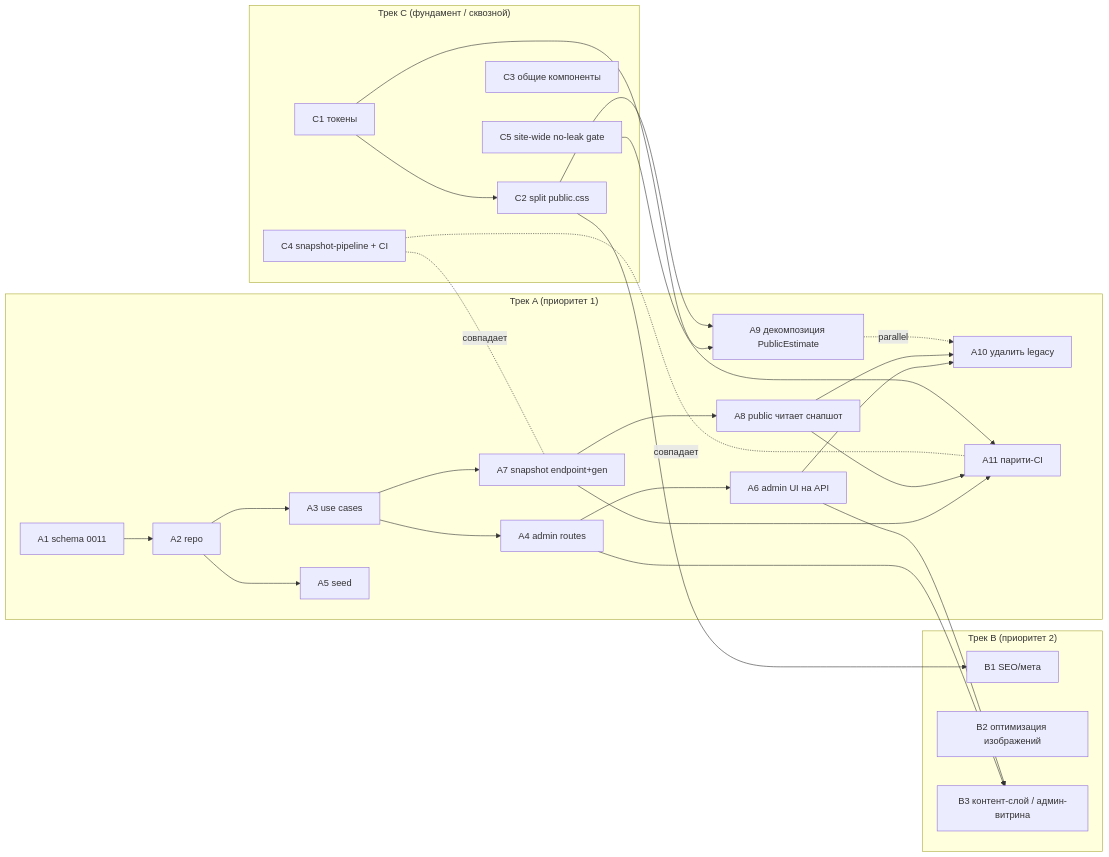
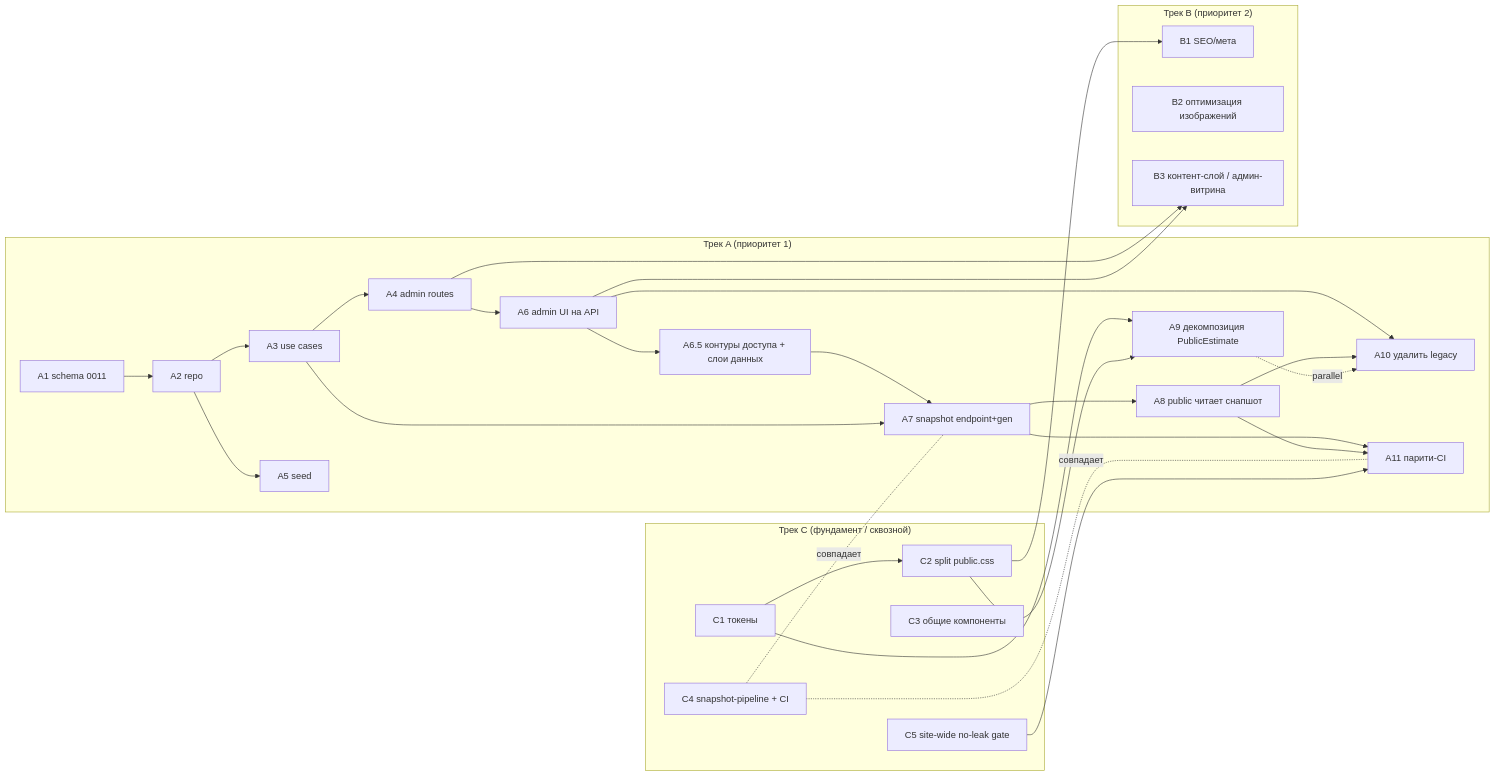
The second of 4 diagrams in docs/public-site-architecture-plan.md (danko-pro/Danko-IT), drawn with Mermaid before and after one commit. The commit also changed other lines of this file, not shown here.

````diff
--- a/docs/public-site-architecture-plan.md
+++ b/docs/public-site-architecture-plan.md
@@ -183,37 +183,39 @@
 ```mermaid
 flowchart LR
   subgraph TrackC["Трек C (фундамент / сквозной)"]
     C1["C1 токены"] --> C2["C2 split public.css"]
     C4["C4 snapshot-pipeline + CI"]
     C3["C3 общие компоненты"]
     C5["C5 site-wide no-leak gate"]
   end
 
   subgraph TrackA["Трек A (приоритет 1)"]
     A1["A1 schema 0011"] --> A2["A2 repo"] --> A3["A3 use cases"] --> A4["A4 admin routes"]
     A2 --> A5["A5 seed"]
     A4 --> A6["A6 admin UI на API"]
+    A6 --> A65["A6.5 контуры доступа + слои данных"]
+    A65 --> A7
     A3 --> A7["A7 snapshot endpoint+gen"]
     A7 --> A8["A8 public читает снапшот"]
     A6 --> A10["A10 удалить legacy"]
     A8 --> A10
     A9["A9 декомпозиция PublicEstimate"] -.parallel.-> A10
     A7 --> A11["A11 парити-CI"]
     A8 --> A11
   end
 
   subgraph TrackB["Трек B (приоритет 2)"]
     B1["B1 SEO/мета"]
     B2["B2 оптимизация изображений"]
     B3["B3 контент-слой / админ-витрина"]
   end
 
   C1 --> A9
   C2 --> A9
   C4 -.совпадает.- A7
   C4 -.совпадает.- A11
   A4 --> B3
   A6 --> B3
   C5 --> A11
   C2 --> B1
 ```
````
